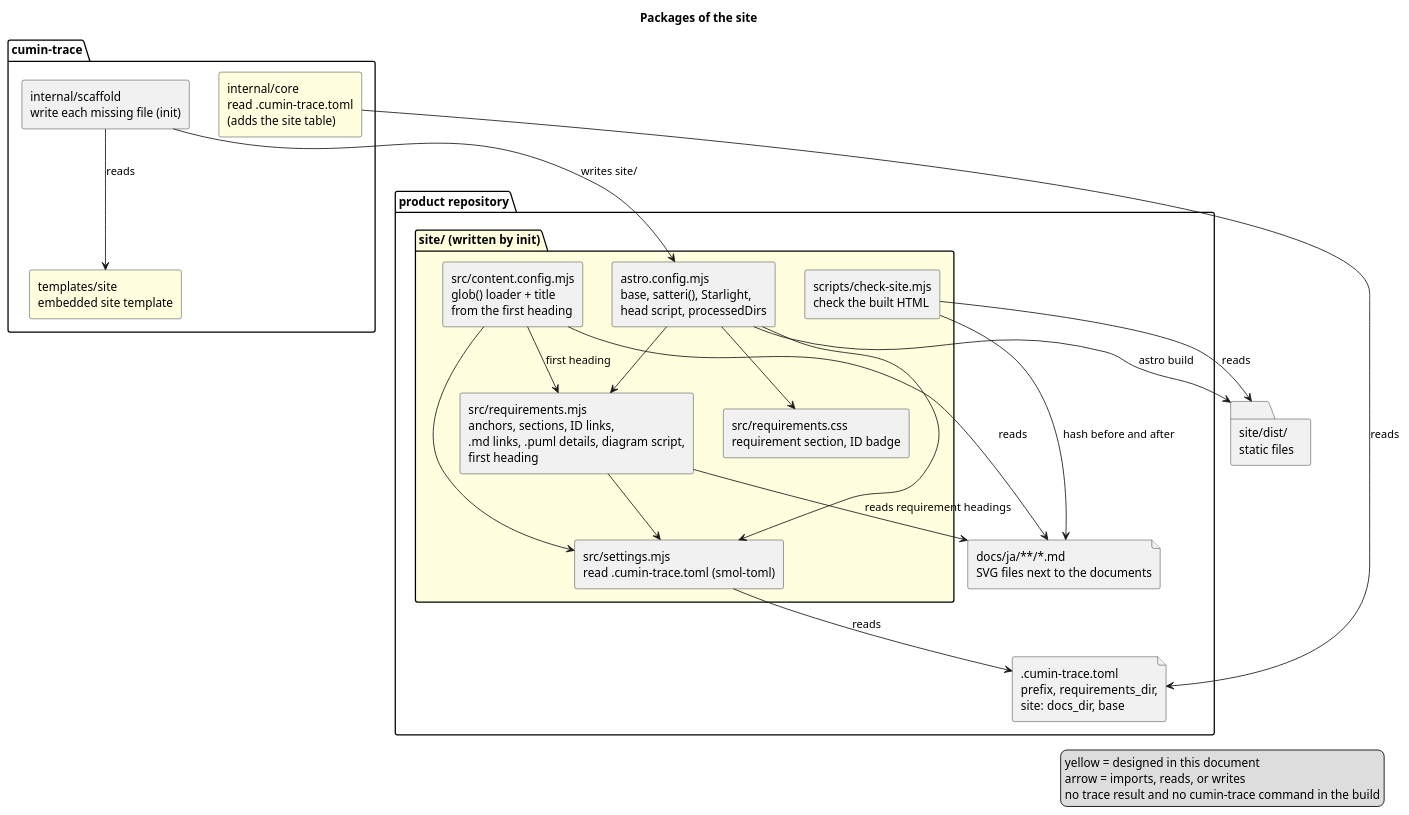
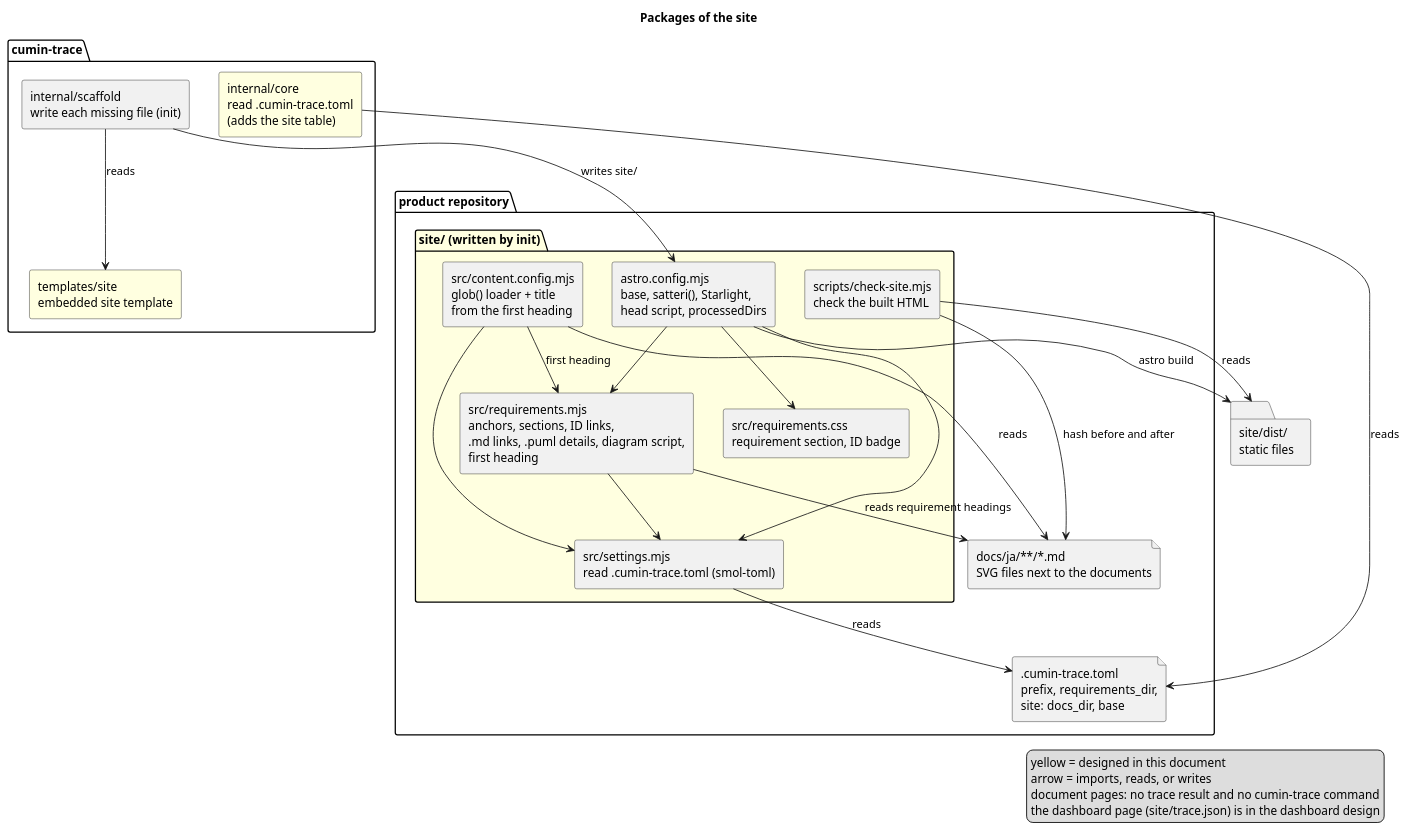
The diagram in docs/ja/designs/site/site-packages.puml (cloveclovedev/cumin-trace), drawn with PlantUML before and after one commit. The commit also changed 14 other files, not shown here.

First line of the commit message:
docs(designs): design the dashboard page and its input from the trace (#156)

```diff
--- a/docs/ja/designs/site/site-packages.puml
+++ b/docs/ja/designs/site/site-packages.puml
@@ -1,48 +1,49 @@
 @startuml site-packages
 title Packages of the site
 skinparam shadowing false
 skinparam componentStyle rectangle
 
 package "cumin-trace" {
   [internal/scaffold\nwrite each missing file (init)] as scaffold
   [internal/core\nread .cumin-trace.toml\n(adds the site table)] as core #LightYellow
   [templates/site\nembedded site template] as tsite #LightYellow
 }
 
 package "product repository" {
   file ".cumin-trace.toml\nprefix, requirements_dir,\nsite: docs_dir, base" as toml
   file "docs/ja/**/*.md\nSVG files next to the documents" as docs
   package "site/ (written by init)" #LightYellow {
     [astro.config.mjs\nbase, satteri(), Starlight,\nhead script, processedDirs] as config
     [src/settings.mjs\nread .cumin-trace.toml (smol-toml)] as settings
     [src/content.config.mjs\nglob() loader + title\nfrom the first heading] as loader
     [src/requirements.mjs\nanchors, sections, ID links,\n.md links, .puml details, diagram script,\nfirst heading] as remark
     [src/requirements.css\nrequirement section, ID badge] as css
     [scripts/check-site.mjs\ncheck the built HTML] as check
   }
 }
 
 folder "site/dist/\nstatic files" as dist
 
 scaffold --> tsite : reads
 scaffold --> config : writes site/
 core --> toml : reads
 config --> settings
 config --> remark
 config --> css
 loader --> settings
 loader --> remark : first heading
 remark --> settings
 settings --> toml : reads
 loader --> docs : reads
 remark --> docs : reads requirement headings
 config --> dist : astro build
 check --> dist : reads
 check --> docs : hash before and after
 
 legend right
   yellow = designed in this document
   arrow = imports, reads, or writes
-  no trace result and no cumin-trace command in the build
+  document pages: no trace result and no cumin-trace command
+  the dashboard page (site/trace.json) is in the dashboard design
 endlegend
 @enduml
```
